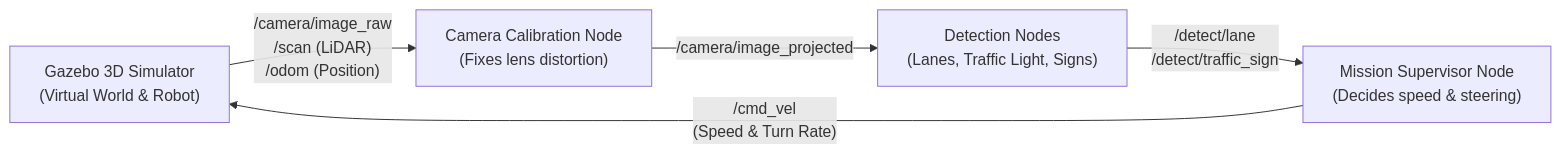
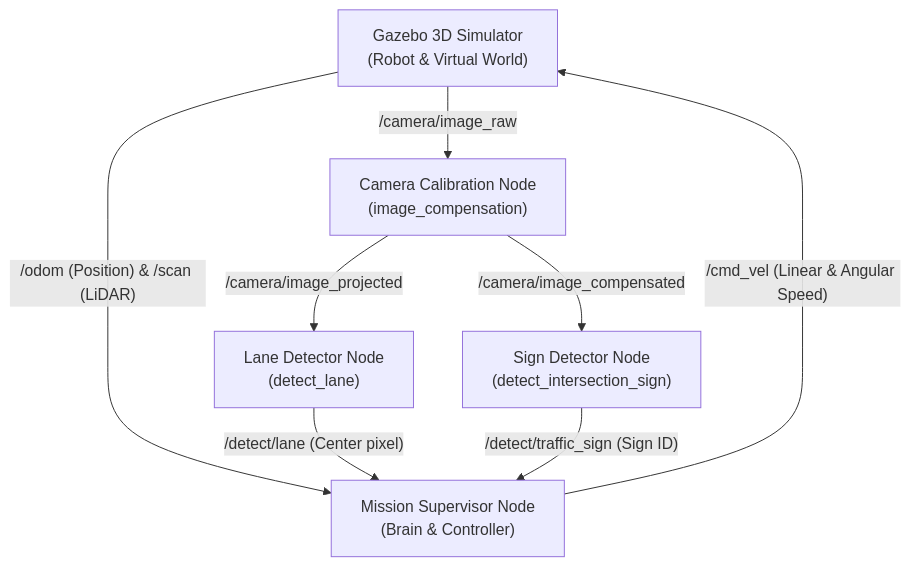
The first of 2 diagrams in BEGINNER_GUIDE.md (elmusleh/turtlebot3_autorace), drawn with Mermaid before and after one commit. The commit also changed other lines of this file and 5 other files, not shown here.

````diff
--- a/BEGINNER_GUIDE.md
+++ b/BEGINNER_GUIDE.md
@@ -19,12 +25,16 @@
 ```mermaid
-flowchart LR
-    Gazebo["Gazebo 3D Simulator\n(Virtual World & Robot)"]
-    CamNode["Camera Calibration Node\n(Fixes lens distortion)"]
-    DetectNode["Detection Nodes\n(Lanes, Traffic Light, Signs)"]
-    BrainNode["Mission Supervisor Node\n(Decides speed & steering)"]
+flowchart TD
+    GZ["Gazebo 3D Simulator\n(Robot & Virtual World)"]
+    CAM["Camera Calibration Node\n(image_compensation)"]
+    LANE["Lane Detector Node\n(detect_lane)"]
+    SIGN["Sign Detector Node\n(detect_intersection_sign)"]
+    SUP["Mission Supervisor Node\n(Brain & Controller)"]
 
-    Gazebo -->|"/camera/image_raw\n/scan (LiDAR)\n/odom (Position)"| CamNode
-    CamNode -->|"/camera/image_projected"| DetectNode
-    DetectNode -->|"/detect/lane\n/detect/traffic_sign"| BrainNode
-    BrainNode -->|"/cmd_vel\n(Speed & Turn Rate)"| Gazebo
+    GZ -->|"/camera/image_raw"| CAM
+    GZ -->|"/odom (Position) & /scan (LiDAR)"| SUP
+    CAM -->|"/camera/image_projected"| LANE
+    CAM -->|"/camera/image_compensated"| SIGN
+    LANE -->|"/detect/lane (Center pixel)"| SUP
+    SIGN -->|"/detect/traffic_sign (Sign ID)"| SUP
+    SUP -->|"/cmd_vel (Linear & Angular Speed)"| GZ
 ```
````
